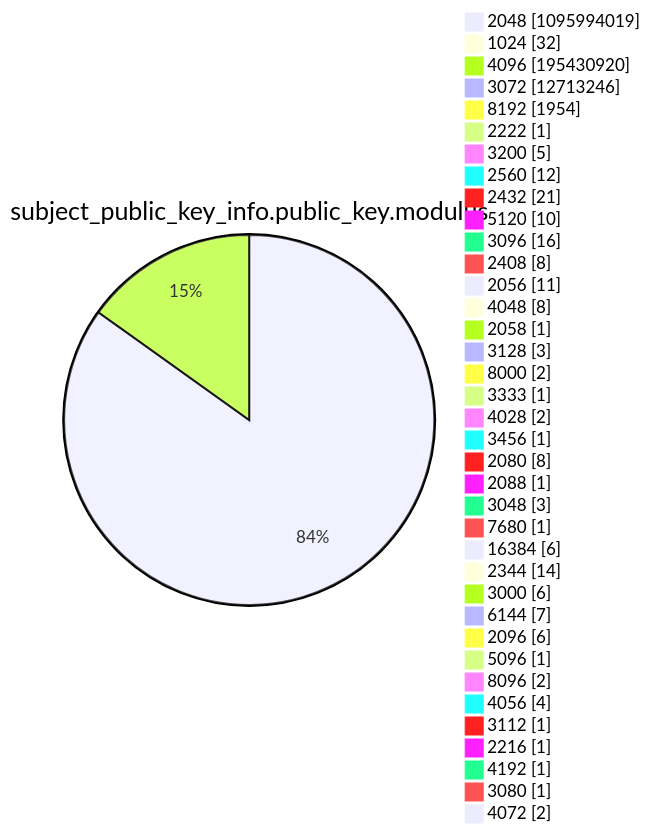
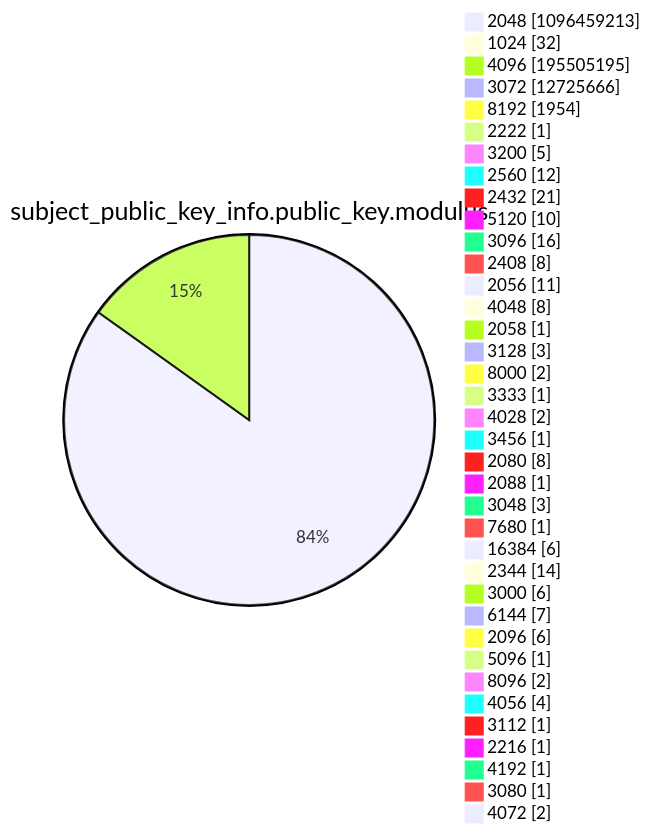
Before and after one commit to christiankrug/ctmonitor_visualization: diagram 13 of 15 in argon2022/README.md, drawn with Mermaid. The commit also changed other lines of this file, not shown here.

````diff
--- a/argon2022/README.md
+++ b/argon2022/README.md
@@ -3589,41 +3589,41 @@
 ```mermaid
 pie showData
 title subject_public_key_info.public_key.modulus
-"2048" :1095994019
+"2048" :1096459213
 "1024" :32
-"4096" :195430920
-"3072" :12713246
+"4096" :195505195
+"3072" :12725666
 "8192" :1954
 "2222" :1
 "3200" :5
 "2560" :12
 "2432" :21
 "5120" :10
 "3096" :16
 "2408" :8
 "2056" :11
 "4048" :8
 "2058" :1
 "3128" :3
 "8000" :2
 "3333" :1
 "4028" :2
 "3456" :1
 "2080" :8
 "2088" :1
 "3048" :3
 "7680" :1
 "16384" :6
 "2344" :14
 "3000" :6
 "6144" :7
 "2096" :6
 "5096" :1
 "8096" :2
 "4056" :4
 "3112" :1
 "2216" :1
 "4192" :1
 "3080" :1
 "4072" :2
 ```
````
